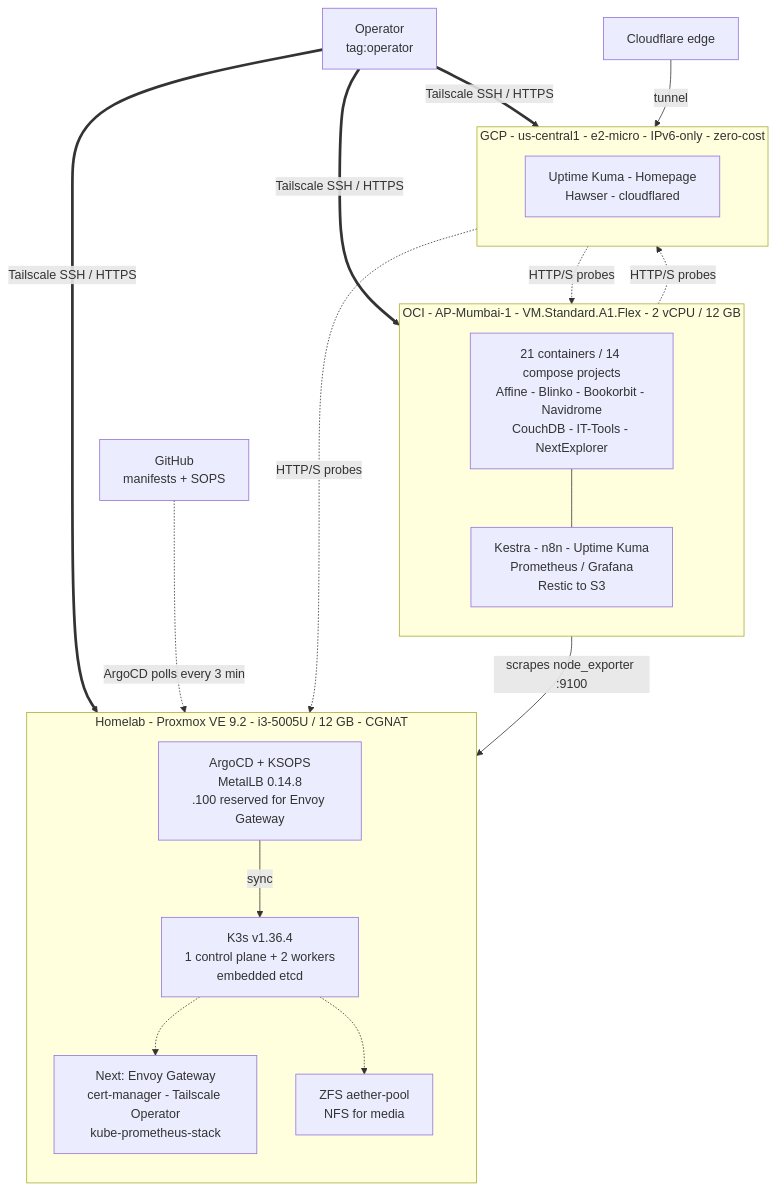
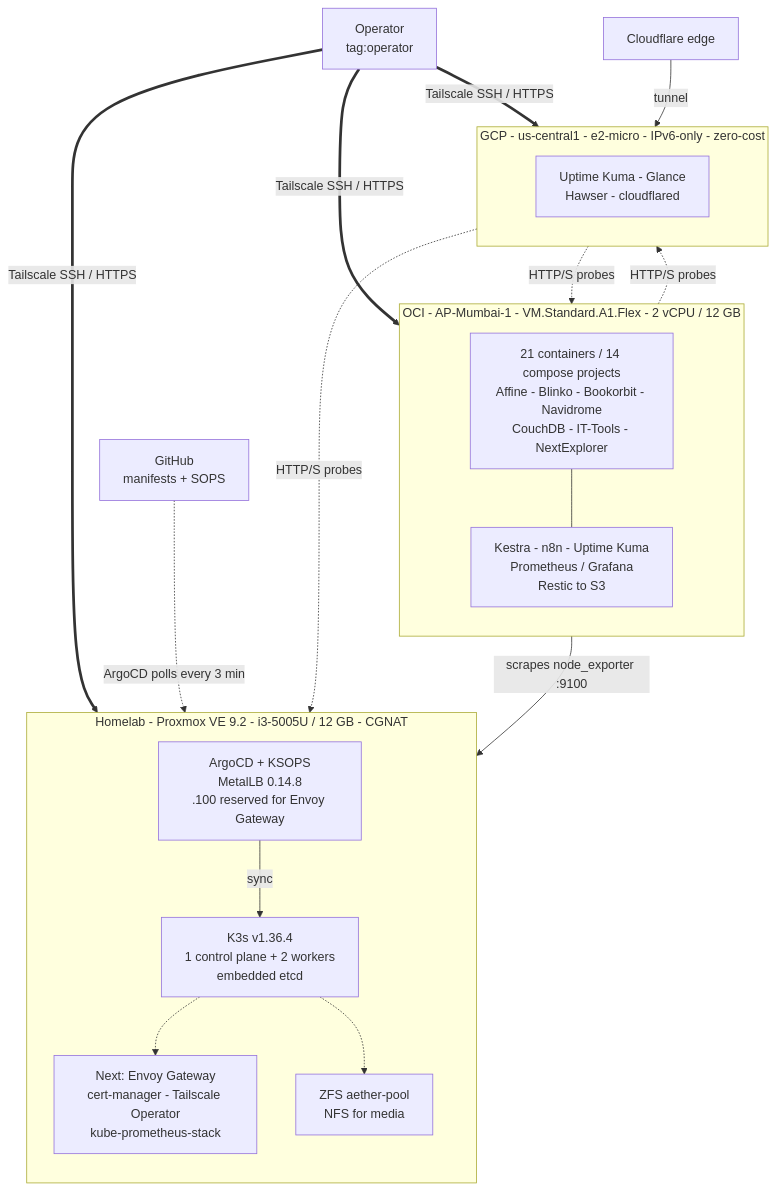
One commit to ChetanThapliyal/Project-Aether changed the diagram in README.md. Above: the diagram before and after it, drawn with Mermaid. The commit also changed other lines of this file, not shown here.

Commit message:
docs(readme): status as of 13 Nov, live inventory, default-deny networking, recovery table, public status page, roadmap (HARD-22)

````diff
--- a/README.md
+++ b/README.md
@@ -54,39 +56,39 @@
 ```mermaid
 flowchart TB
     GH["GitHub<br/>manifests + SOPS"]
     OP["Operator<br/>tag:operator"]
     CF["Cloudflare edge"]
 
     subgraph HOME [Homelab - Proxmox VE 9.2 - i3-5005U / 12 GB - CGNAT]
         direction TB
         K3S["K3s v1.36.4<br/>1 control plane + 2 workers<br/>embedded etcd"]
         PLAT["ArgoCD + KSOPS<br/>MetalLB 0.14.8<br/>.100 reserved for Envoy Gateway"]
         NEXT["Next: Envoy Gateway<br/>cert-manager - Tailscale Operator<br/>kube-prometheus-stack"]
         ZFS["ZFS aether-pool<br/>NFS for media"]
         PLAT -->|"sync"| K3S
         K3S -.-> NEXT
         K3S -.-> ZFS
     end
 
     subgraph OCI [OCI - AP-Mumbai-1 - VM.Standard.A1.Flex - 2 vCPU / 12 GB]
         direction TB
         APPS["21 containers / 14 compose projects<br/>Affine - Blinko - Bookorbit - Navidrome<br/>CouchDB - IT-Tools - NextExplorer"]
         OPS["Kestra - n8n - Uptime Kuma<br/>Prometheus / Grafana<br/>Restic to S3"]
         APPS --- OPS
     end
 
     subgraph GCP [GCP - us-central1 - e2-micro - IPv6-only - zero-cost]
         direction TB
-        DMZ["Uptime Kuma - Homepage<br/>Hawser - cloudflared"]
+        DMZ["Uptime Kuma - Glance<br/>Hawser - cloudflared"]
     end
 
     OP ==>|"Tailscale SSH / HTTPS"| K3S
     OP ==>|"Tailscale SSH / HTTPS"| APPS
     OP ==>|"Tailscale SSH / HTTPS"| DMZ
     GH -.->|"ArgoCD polls every 3 min"| PLAT
     CF -->|"tunnel"| DMZ
     DMZ -.->|"HTTP/S probes"| K3S
     DMZ -.->|"HTTP/S probes"| APPS
     OPS -.->|"HTTP/S probes"| DMZ
     OPS -->|"scrapes node_exporter :9100"| K3S
 ```
````
